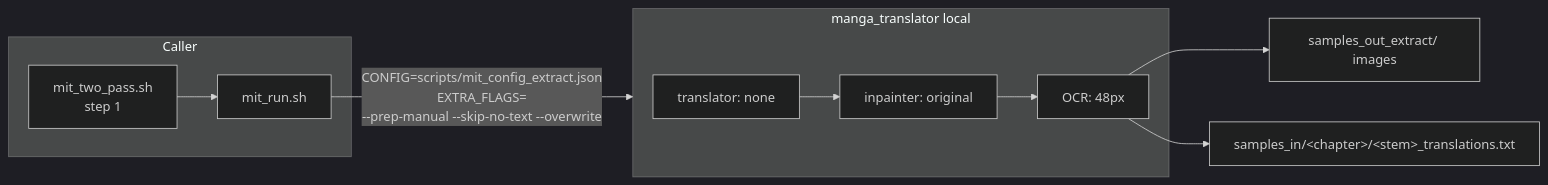
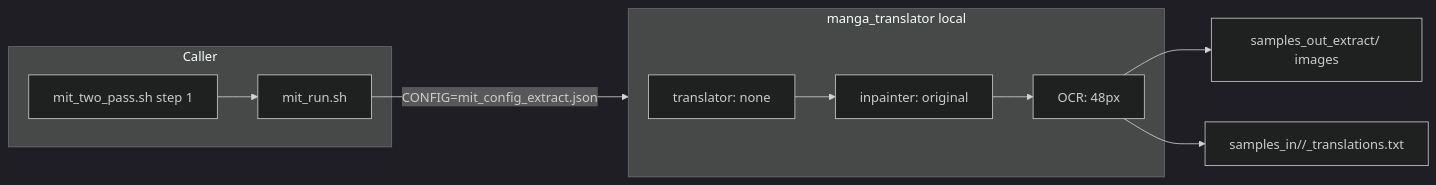
Before and after one commit to bizzkoot/manga-image-translator-wrapper: the second of 4 diagrams in README.md, drawn with Mermaid (dark theme). The commit also changed other lines of this file and 7 other files, not shown here.

````diff
--- a/README.md
+++ b/README.md
@@ -180,16 +135,16 @@
 ```mermaid
 graph LR
   subgraph Caller
-    X1["mit_two_pass.sh<br/>step 1"] --> X2["mit_run.sh"]
+    X1["mit_two_pass.sh step 1"] --> X2["mit_run.sh"]
   end
 
-  X2 --> |CONFIG=scripts/mit_config_extract.json<br/>EXTRA_FLAGS=<br/>--prep-manual --skip-no-text --overwrite| M["MIT local mode"]
+  X2 --> |CONFIG=mit_config_extract.json| M["MIT local mode"]
 
   subgraph M["manga_translator local"]
     M1["translator: none"] --> M2["inpainter: original"]
     M2 --> M3["OCR: 48px"]
   end
 
   M3 --> O1["samples_out_extract/ images"]
-  M3 --> O2["samples_in/&lt;chapter&gt;/&lt;stem&gt;_translations.txt"]
+  M3 --> O2["samples_in/<chapter>/<stem>_translations.txt"]
 ```
````
